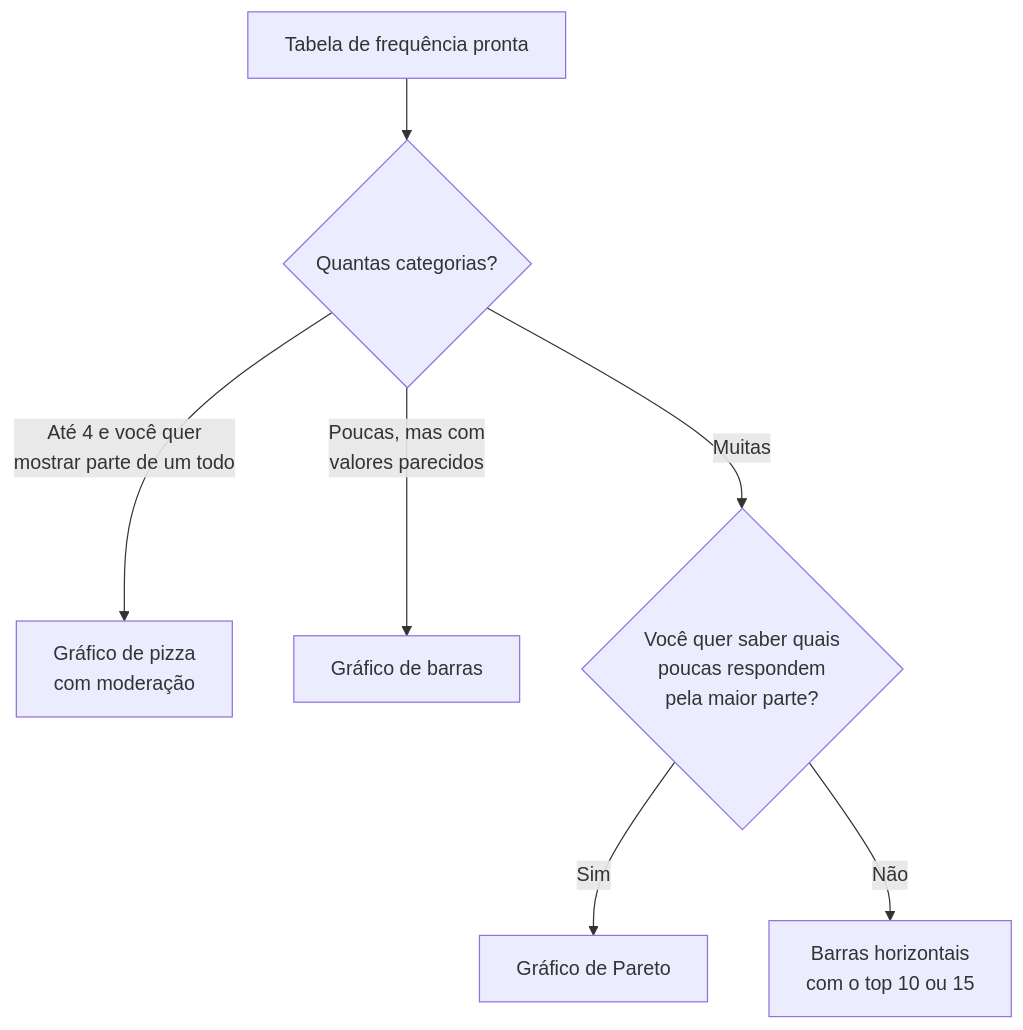
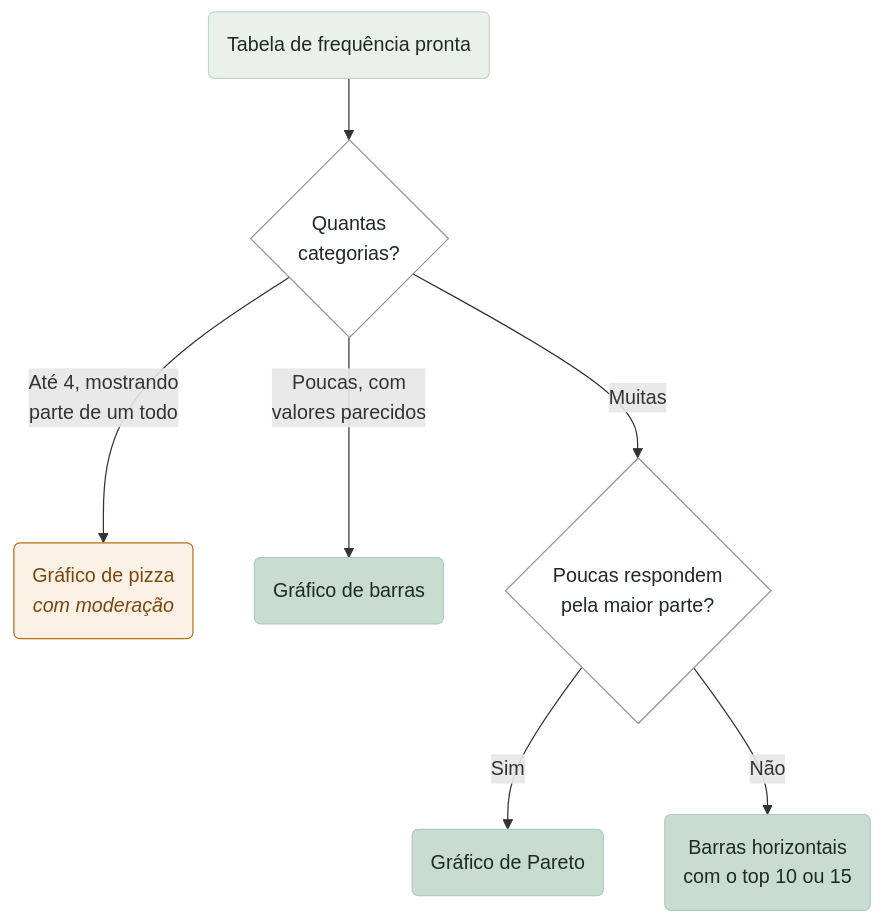
Before and after one commit to klein-natan/IA-Dados-GitBook: the diagram in aula-03-analise-dados-discretos/README.md, drawn with Mermaid. The commit also changed 4 other files, not shown here.

````diff
--- a/aula-03-analise-dados-discretos/README.md
+++ b/aula-03-analise-dados-discretos/README.md
@@ -120,9 +120,18 @@
 ```mermaid
+%%{init:{"theme":"base","themeVariables":{"fontFamily":"Inter,'Segoe UI','Liberation Sans',Helvetica,Arial,sans-serif","fontSize":"15px","primaryColor":"#F4F2EE","primaryTextColor":"#1E2A25","primaryBorderColor":"#CBD8D0","lineColor":"#8A9A90","secondaryColor":"#EDF2EE","tertiaryColor":"#FFFFFF","clusterBkg":"#F8F7F4","clusterBorder":"#E2DED7","edgeLabelBackground":"#FFFFFF"},"flowchart":{"nodeSpacing":28,"rankSpacing":38,"padding":14,"curve":"basis"}}}%%
 flowchart TD
-    A["Tabela de frequência pronta"] --> B{"Quantas categorias?"}
-    B -->|"Até 4 e você quer<br/>mostrar parte de um todo"| C["Gráfico de pizza<br/>com moderação"]
-    B -->|"Poucas, mas com<br/>valores parecidos"| D["Gráfico de barras"]
-    B -->|"Muitas"| E{"Você quer saber quais<br/>poucas respondem<br/>pela maior parte?"}
-    E -->|"Sim"| F["Gráfico de Pareto"]
-    E -->|"Não"| G["Barras horizontais<br/>com o top 10 ou 15"]
+    A("Tabela de frequência pronta") --> B{"Quantas<br/>categorias?"}
+    B -->|"Até 4, mostrando<br/>parte de um todo"| C("Gráfico de pizza<br/><i>com moderação</i>")
+    B -->|"Poucas, com<br/>valores parecidos"| DD("Gráfico de barras")
+    B -->|"Muitas"| E{"Poucas respondem<br/>pela maior parte?"}
+    E -->|"Sim"| F("Gráfico de Pareto")
+    E -->|"Não"| G("Barras horizontais<br/>com o top 10 ou 15")
+    classDef ambar fill:#FBF1E4,stroke:#B86E1B,color:#7A4711;
+    classDef decisao fill:#FFFFFF,stroke:#8A9A90,color:#1E2A25;
+    classDef medio fill:#C8DDD0,stroke:#AECBBB,color:#1E2A25;
+    classDef nevoa fill:#EAF1EC,stroke:#C3D6CA,color:#1E2A25;
+    class A nevoa
+    class B,E decisao
+    class C ambar
+    class DD,F,G medio
 ```
````
